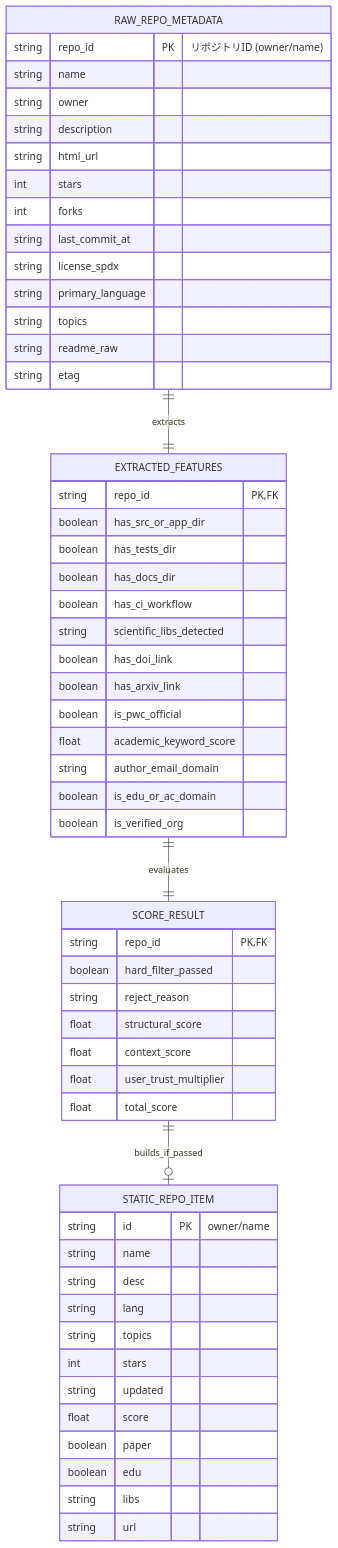
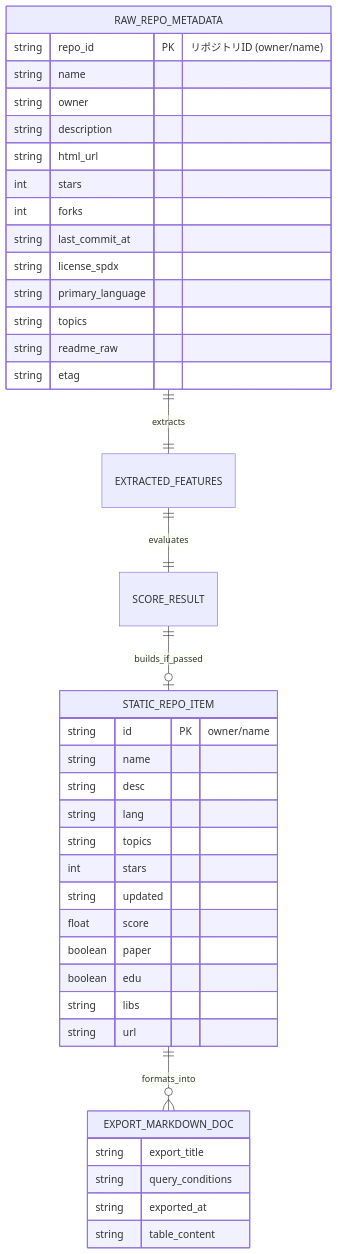
One commit to xzyozi/ScholarRepo-Finder changed the diagram in docs/design/SRF-DS-001_データ構造仕様書.md. Above: the diagram before and after it, drawn with Mermaid. The commit also changed other lines of this file and 3 other files, not shown here.

````diff
--- a/docs/design/SRF-DS-001_データ構造仕様書.md
+++ b/docs/design/SRF-DS-001_データ構造仕様書.md
@@ -47,63 +44,45 @@
 ```mermaid
 erDiagram
     RAW_REPO_METADATA ||--|| EXTRACTED_FEATURES : extracts
     EXTRACTED_FEATURES ||--|| SCORE_RESULT : evaluates
     SCORE_RESULT ||--o| STATIC_REPO_ITEM : builds_if_passed
+    STATIC_REPO_ITEM ||--o{ EXPORT_MARKDOWN_DOC : formats_into
 
     RAW_REPO_METADATA {
         string repo_id PK "リポジトリID (owner/name)"
         string name
         string owner
         string description
         string html_url
         int stars
         int forks
         string last_commit_at
         string license_spdx
         string primary_language
         string topics
         string readme_raw
         string etag
     }
 
-    EXTRACTED_FEATURES {
-        string repo_id PK,FK
-        boolean has_src_or_app_dir
-        boolean has_tests_dir
-        boolean has_docs_dir
-        boolean has_ci_workflow
-        string scientific_libs_detected
-        boolean has_doi_link
-        boolean has_arxiv_link
-        boolean is_pwc_official
-        float academic_keyword_score
-        string author_email_domain
-        boolean is_edu_or_ac_domain
-        boolean is_verified_org
-    }
-
-    SCORE_RESULT {
-        string repo_id PK,FK
-        boolean hard_filter_passed
-        string reject_reason
-        float structural_score
-        float context_score
-        float user_trust_multiplier
-        float total_score
-    }
-
     STATIC_REPO_ITEM {
         string id PK "owner/name"
         string name
         string desc
         string lang
         string topics
         int stars
         string updated
         float score
         boolean paper
         boolean edu
         string libs
         string url
     }
+
+    EXPORT_MARKDOWN_DOC {
+        string export_title
+        string query_conditions
+        string exported_at
+        string table_content
+    }
 ```
````
